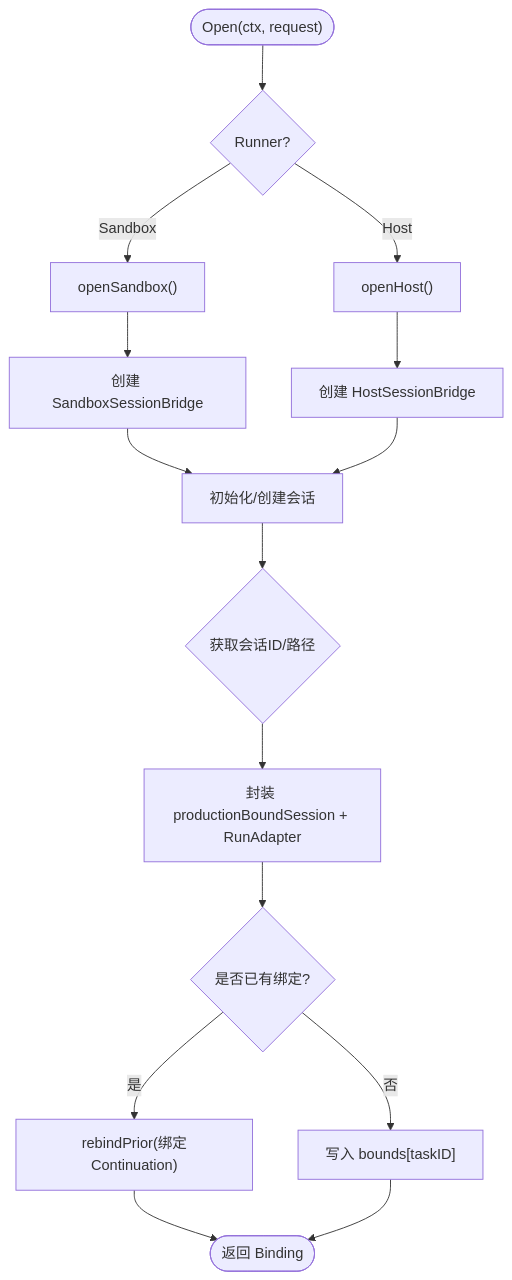
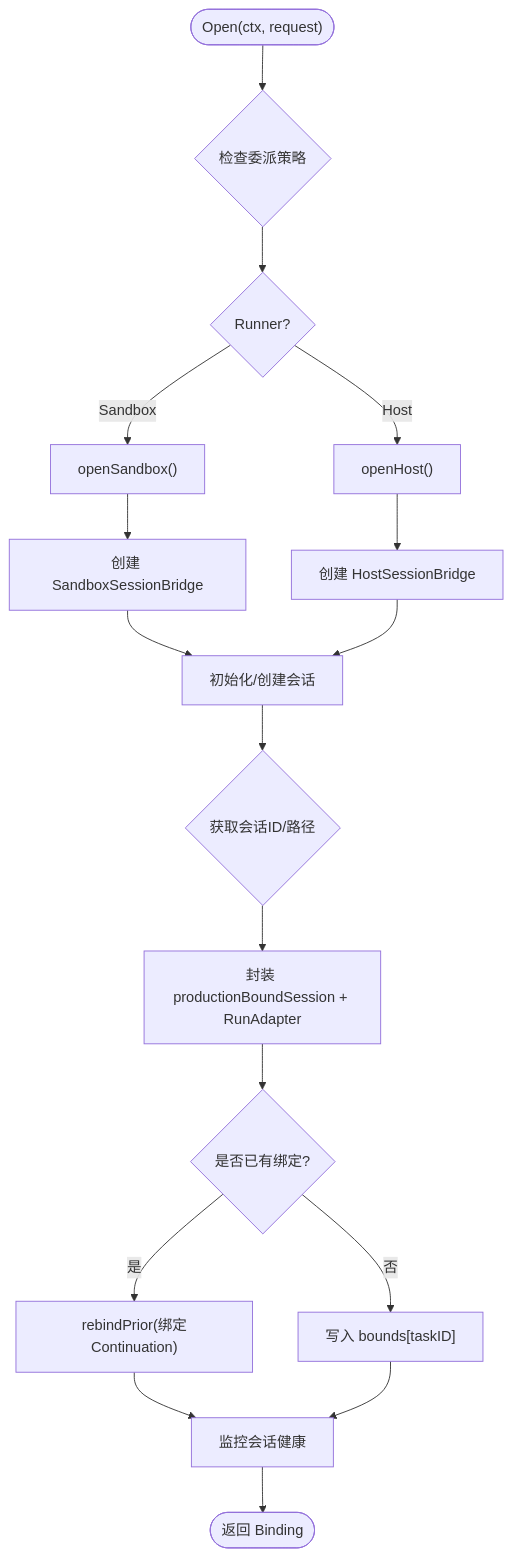
One commit to n1majne3/CyberPenda changed the fourth of 6 diagrams in .qoder/repowiki/zh/content/守护进程服务/Task 生命周期管理/Provider 会话工厂模式.md. Above: the diagram before and after it, drawn with Mermaid. The commit also changed other lines of this file and 6 other files, not shown here.

````diff
--- a/.qoder/repowiki/zh/content/守护进程服务/Task 生命周期管理/Provider 会话工厂模式.md
+++ b/.qoder/repowiki/zh/content/守护进程服务/Task 生命周期管理/Provider 会话工厂模式.md
@@ -205,17 +237,19 @@
 ```mermaid
 flowchart TD
-Start(["Open(ctx, request)"]) --> CheckRunner{"Runner?"}
+Start(["Open(ctx, request)"]) --> CheckDelegate{"检查委派策略"}
+CheckDelegate --> CheckRunner{"Runner?"}
 CheckRunner --> |Sandbox| OpenSandbox["openSandbox()"]
 CheckRunner --> |Host| OpenHost["openHost()"]
 OpenSandbox --> CreateBridge["创建 SandboxSessionBridge"]
 OpenHost --> CreateHostBridge["创建 HostSessionBridge"]
 CreateBridge --> Init["初始化/创建会话"]
 CreateHostBridge --> Init
 Init --> GetID{"获取会话ID/路径"}
 GetID --> Wrap["封装 productionBoundSession + RunAdapter"]
 Wrap --> Reuse{"是否已有绑定?"}
 Reuse --> |是| Rebind["rebindPrior(绑定Continuation)"]
 Reuse --> |否| Register["写入 bounds[taskID]"]
-Rebind --> Return(["返回 Binding"])
-Register --> Return
+Rebind --> Monitor["监控会话健康"]
+Register --> Monitor
+Monitor --> Return(["返回 Binding"])
 ```
````
